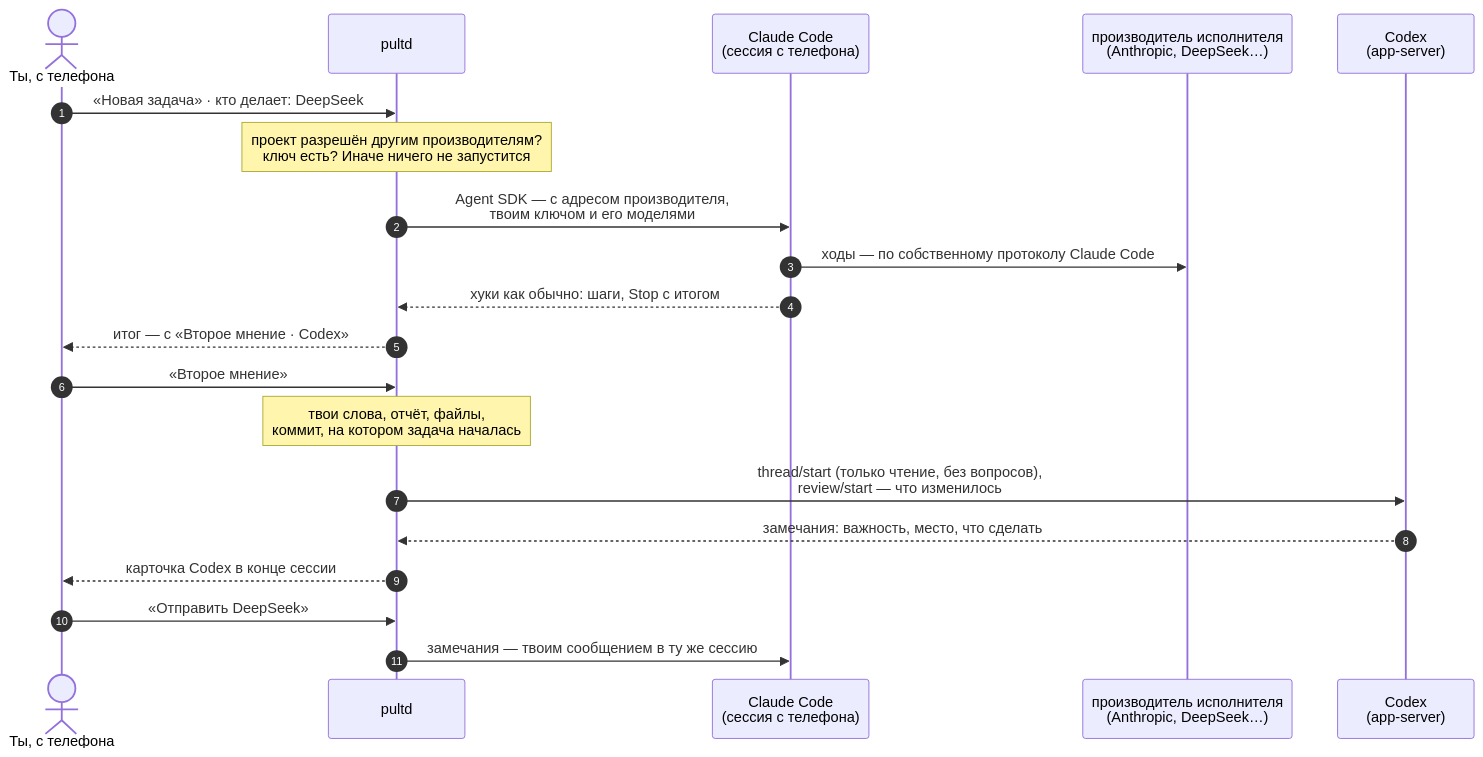
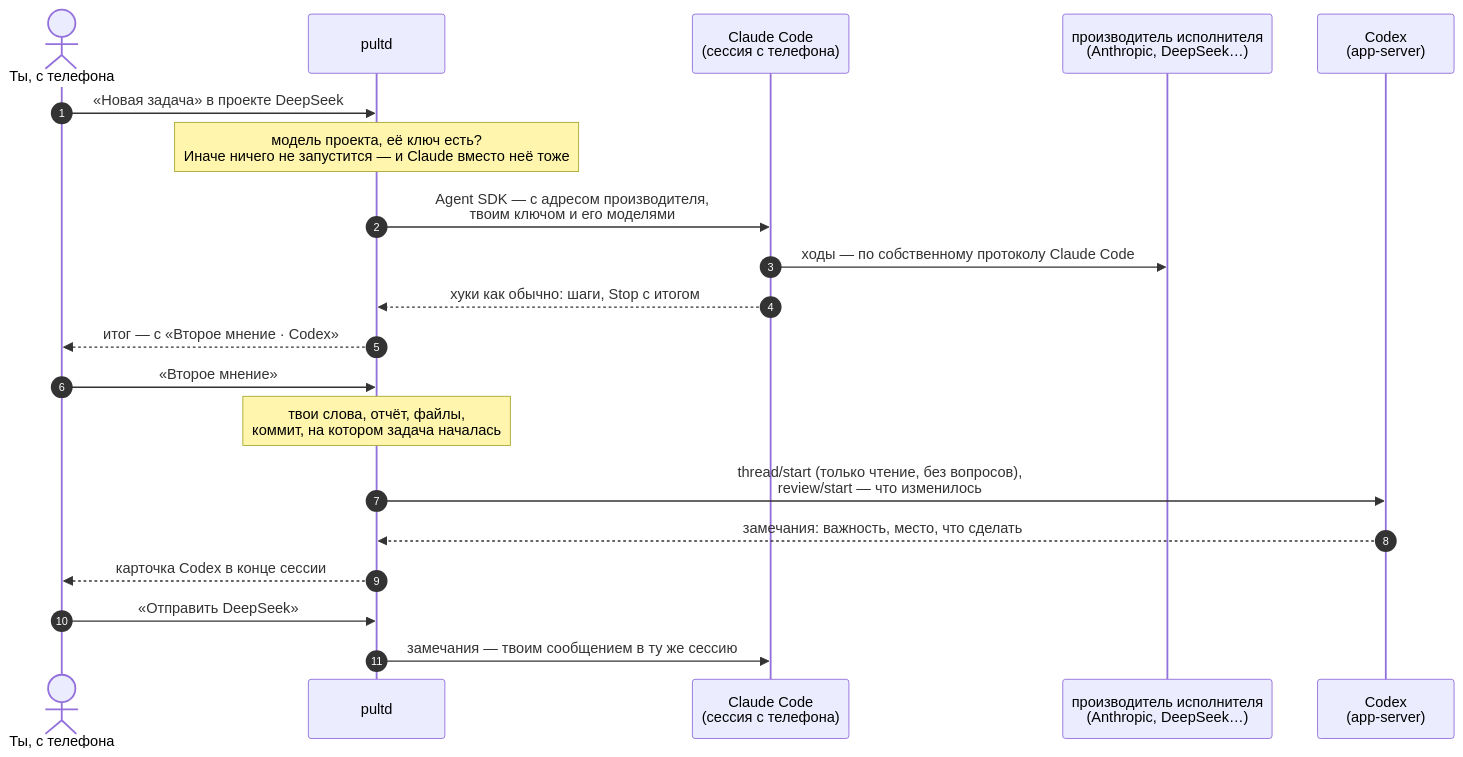
Before and after one commit to pulthq/pult: the fourth of 6 diagrams in ARCHITECTURE.ru.md, drawn with Mermaid. The commit also changed other lines of this file and 27 other files, not shown here.

````diff
--- a/ARCHITECTURE.ru.md
+++ b/ARCHITECTURE.ru.md
@@ -110,22 +110,22 @@
 ```mermaid
 sequenceDiagram
   autonumber
   actor You as Ты, с телефона
   participant D as pultd
   participant CC as Claude Code<br/>(сессия с телефона)
   participant V as производитель исполнителя<br/>(Anthropic, DeepSeek…)
   participant CX as Codex<br/>(app-server)
-  You->>D: «Новая задача» · кто делает: DeepSeek
-  Note over D: проект разрешён другим производителям?<br/>ключ есть? Иначе ничего не запустится
+  You->>D: «Новая задача» в проекте DeepSeek
+  Note over D: модель проекта, её ключ есть?<br/>Иначе ничего не запустится — и Claude вместо неё тоже
   D->>CC: Agent SDK — с адресом производителя,<br/>твоим ключом и его моделями
   CC->>V: ходы — по собственному протоколу Claude Code
   CC-->>D: хуки как обычно: шаги, Stop с итогом
   D-->>You: итог — с «Второе мнение · Codex»
   You->>D: «Второе мнение»
   Note over D: твои слова, отчёт, файлы,<br/>коммит, на котором задача началась
   D->>CX: thread/start (только чтение, без вопросов),<br/>review/start — что изменилось
   CX-->>D: замечания: важность, место, что сделать
   D-->>You: карточка Codex в конце сессии
   You->>D: «Отправить DeepSeek»
   D->>CC: замечания — твоим сообщением в ту же сессию
 ```
````
